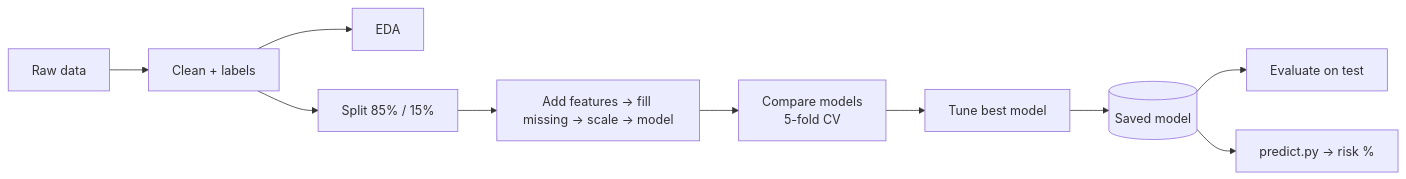
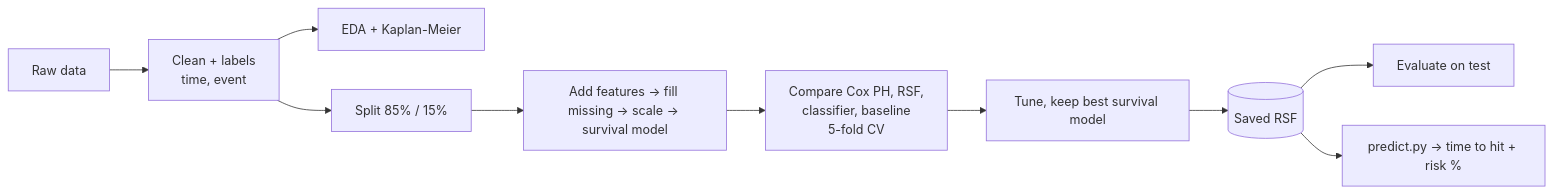
One commit to Re7absu/wildfire-evacuation-risk changed the diagram in README.md. Above: the diagram before and after it, drawn with Mermaid. The commit also changed other lines of this file and 33 other files, not shown here.

First line of the commit message:
Make survival analysis the core approach: Cox PH and Random Survival Forest

````diff
--- a/README.md
+++ b/README.md
@@ -69,12 +80,12 @@
 ```mermaid
 flowchart LR
-    A[Raw data] --> B[Clean + labels]
-    B --> C[EDA]
+    A[Raw data] --> B[Clean + labels<br/>time, event]
+    B --> C[EDA + Kaplan-Meier]
     B --> D[Split 85% / 15%]
-    D --> E[Add features → fill missing → scale → model]
-    E --> F[Compare models<br/>5-fold CV]
-    F --> G[Tune best model]
-    G --> H[(Saved model)]
+    D --> E[Add features → fill missing → scale → survival model]
+    E --> F[Compare Cox PH, RSF,<br/>classifier, baseline<br/>5-fold CV]
+    F --> G[Tune, keep best survival model]
+    G --> H[(Saved RSF)]
     H --> I[Evaluate on test]
-    H --> J[predict.py → risk %]
+    H --> J[predict.py → time to hit + risk %]
 ```
````
